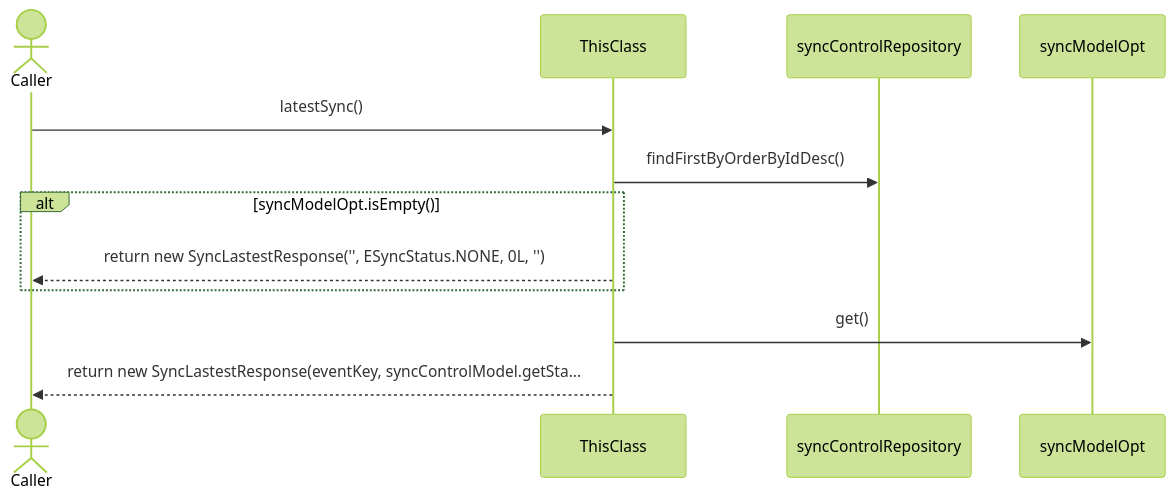
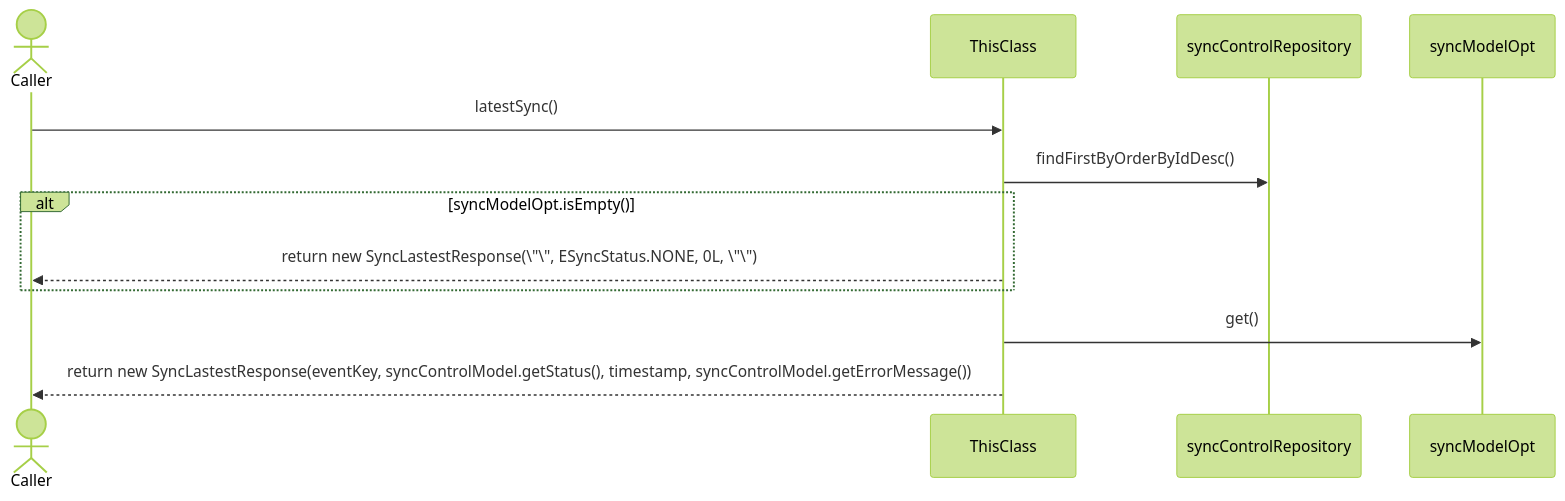
One commit to FelipeMCassiano/geanky changed the fourth of 16 diagrams in docs/CloudSyncUploadService.md. Above: the diagram before and after it, drawn with Mermaid (forest theme). The commit also changed other lines of this file and 6 other files, not shown here.

````diff
--- a/docs/CloudSyncUploadService.md
+++ b/docs/CloudSyncUploadService.md
@@ -318,16 +318,16 @@
 ```mermaid
 sequenceDiagram
     actor Caller
     participant ThisClass
     participant syncControlRepository
     participant syncModelOpt
 
     Caller->>ThisClass: latestSync()
     ThisClass->>syncControlRepository: findFirstByOrderByIdDesc()
     alt syncModelOpt.isEmpty()
-    ThisClass-->>Caller: return new SyncLastestResponse('', ESyncStatus.NONE, 0L, '')
+    ThisClass-->>Caller: return new SyncLastestResponse(\"\", ESyncStatus.NONE, 0L, \"\")
     end
     ThisClass->>syncModelOpt: get()
-    ThisClass-->>Caller: return new SyncLastestResponse(eventKey, syncControlModel.getSta...
+    ThisClass-->>Caller: return new SyncLastestResponse(eventKey, syncControlModel.getStatus(), timestamp, syncControlModel.getErrorMessage())
 
 ```
````
